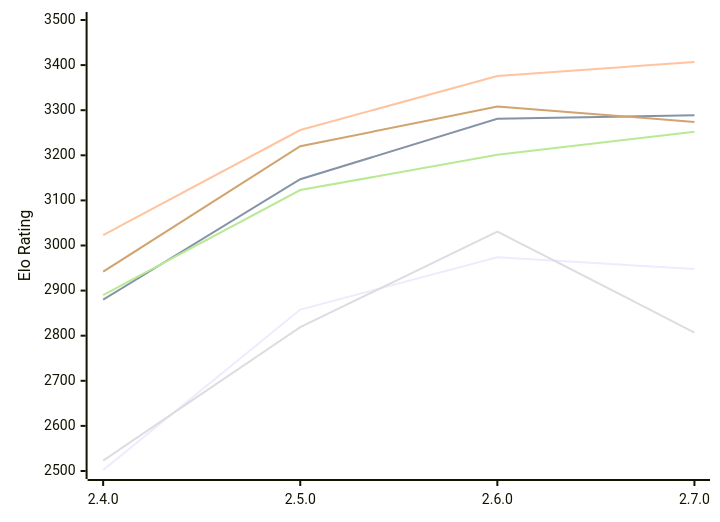
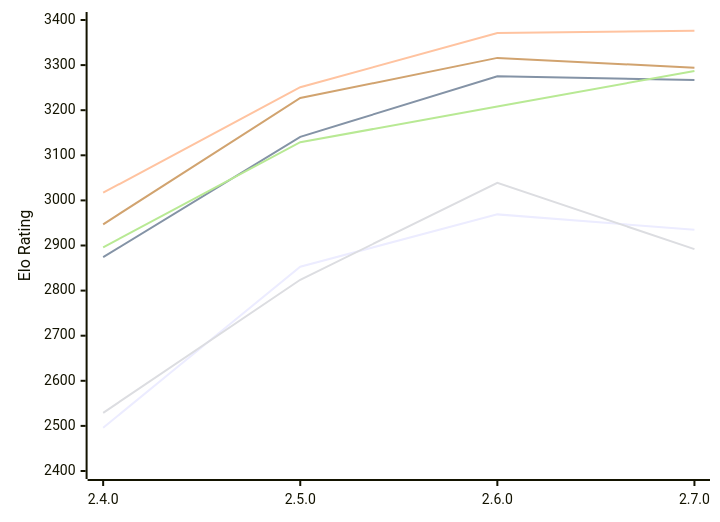
The diagram in engines/Rarog.md (computer-chess-index/cci), drawn with Mermaid before and after one commit. The commit also changed other lines of this file, not shown here.

Commit message:
Update CCI Ratings (ELO VLTC) - 2026-11-18

````diff
--- a/engines/Rarog.md
+++ b/engines/Rarog.md
@@ -53,12 +53,12 @@
 ```mermaid
 %%{init: {"theme":"base","themeVariables":{"seriesColors:['#a3a3a3','#222221','#faa371']}}}%%
 xychart-beta
   x-axis ["2.4.0", "2.5.0", "2.6.0", "2.7.0"]
-  y-axis "Elo Rating" 2500 --> 3500
-  line "E1: STC (8.0+0.08s)" [2502, 2858, 2974, 2948]
-  line "E1: LTC (60.0+0.60s)" [2880, 3147, 3281, 3289]
-  line "E1: VLTC (2m24s+1.12s)" [3023, 3256, 3376, 3407]
-  line "P1: STC (8.0+0.08s)" [2523, 2819, 3031, 2807]
-  line "P1: LTC (60.0+0.60s)" [2890, 3123, 3201, 3252]
-  line "P1: VLTC (2m24s+1.12s)" [2942, 3220, 3308, 3274]
+  y-axis "Elo Rating" 2400 --> 3400
+  line "E1: STC (8.0+0.08s)" [2496, 2853, 2969, 2935]
+  line "E1: LTC (60.0+0.60s)" [2874, 3141, 3275, 3267]
+  line "E1: VLTC (2m24s+1.12s)" [3017, 3251, 3371, 3376]
+  line "P1: STC (8.0+0.08s)" [2529, 2824, 3039, 2892]
+  line "P1: LTC (60.0+0.60s)" [2896, 3129, 3208, 3287]
+  line "P1: VLTC (2m24s+1.12s)" [2947, 3227, 3316, 3294]
 ```
````
